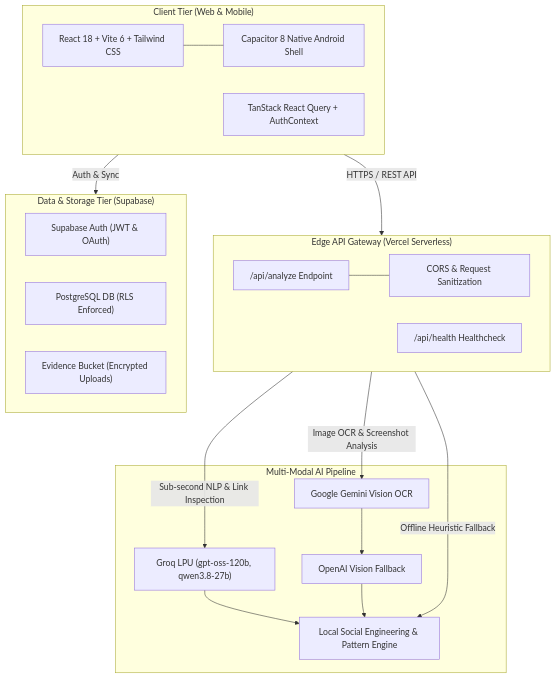
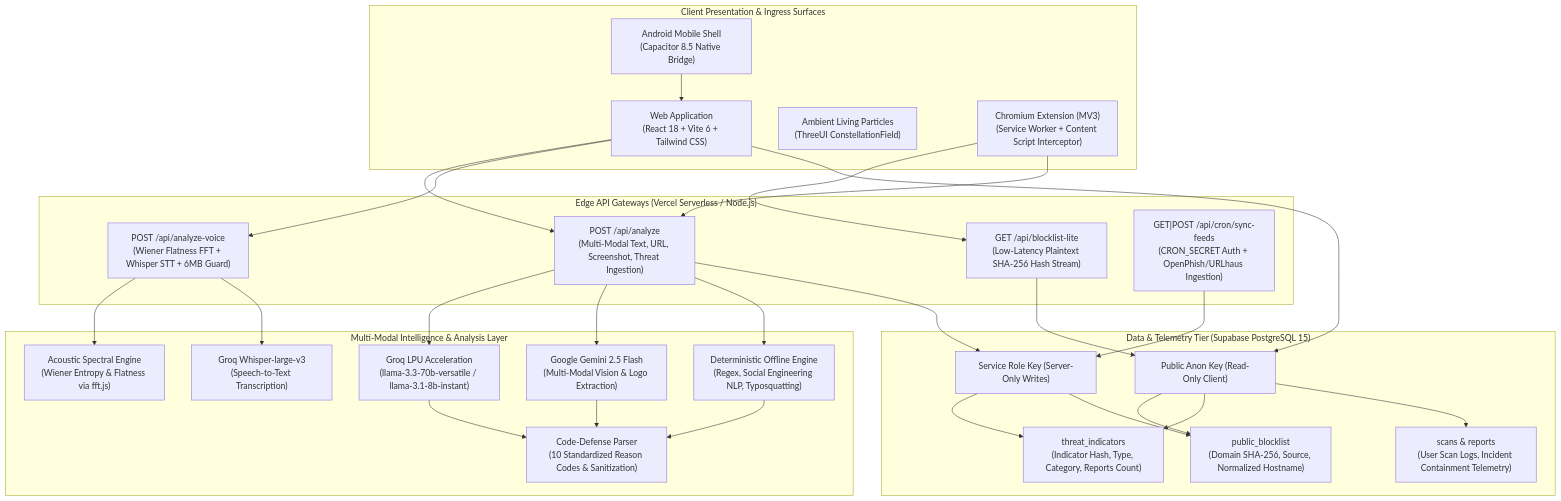
One commit to ImperialCoder01/GhostNet changed the first of 2 diagrams in docs/ARCHITECTURE.md. Above: the diagram before and after it, drawn with Mermaid. The commit also changed other lines of this file and 18 other files, not shown here.

Commit message:
docs: comprehensive synchronization of all 19 repository documents with updated architecture, 8 security features, and live production details

````diff
--- a/docs/ARCHITECTURE.md
+++ b/docs/ARCHITECTURE.md
@@ -7,38 +7,59 @@
 ```mermaid
-flowchart TD
-    subgraph Client["Client Tier (Web & Mobile)"]
-        UI["React 18 + Vite 6 + Tailwind CSS"]
-        Mobile["Capacitor 8 Native Android Shell"]
-        State["TanStack React Query + AuthContext"]
-        UI --- Mobile
+flowchart TB
+    subgraph ClientSurfaces["Client Presentation & Ingress Surfaces"]
+        Web["Web Application\n(React 18 + Vite 6 + Tailwind CSS)"]
+        Shaders["Ambient Living Particles\n(ThreeUI ConstellationField)"]
+        Mobile["Android Mobile Shell\n(Capacitor 8.5 Native Bridge)"]
+        Ext["Chromium Extension (MV3)\n(Service Worker + Content Script Interceptor)"]
     end
 
-    subgraph Gateway["Edge API Gateway (Vercel Serverless)"]
-        Endpoint["/api/analyze Endpoint"]
-        Health["/api/health Healthcheck"]
-        CORS["CORS & Request Sanitization"]
-        Endpoint --- CORS
+    subgraph EdgeGateways["Edge API Gateways (Vercel Serverless / Node.js)"]
+        AnalyzeGW["POST /api/analyze\n(Multi-Modal Text, URL, Screenshot, Threat Ingestion)"]
+        VoiceGW["POST /api/analyze-voice\n(Wiener Flatness FFT + Whisper STT + 6MB Guard)"]
+        BlocklistGW["GET /api/blocklist-lite\n(Low-Latency Plaintext SHA-256 Hash Stream)"]
+        CronGW["GET|POST /api/cron/sync-feeds\n(CRON_SECRET Auth + OpenPhish/URLhaus Ingestion)"]
     end
 
-    subgraph AIRouting["Multi-Modal AI Pipeline"]
-        Groq["Groq LPU (gpt-oss-120b, qwen3.8-27b)"]
-        Gemini["Google Gemini Vision OCR"]
-        OpenAI["OpenAI Vision Fallback"]
-        Heuristics["Local Social Engineering & Pattern Engine"]
-        
-        Groq --> Heuristics
-        Gemini --> OpenAI --> Heuristics
+    subgraph IntelligenceLayer["Multi-Modal Intelligence & Analysis Layer"]
+        Groq["Groq LPU Acceleration\n(llama-3.3-70b-versatile / llama-3.1-8b-instant)"]
+        Gemini["Google Gemini 2.5 Flash\n(Multi-Modal Vision & Logo Extraction)"]
+        Whisper["Groq Whisper-large-v3\n(Speech-to-Text Transcription)"]
+        FFT["Acoustic Spectral Engine\n(Wiener Entropy & Flatness via fft.js)"]
+        ReasonCodes["Code-Defense Parser\n(10 Standardized Reason Codes & Sanitization)"]
+        Heuristics["Deterministic Offline Engine\n(Regex, Social Engineering NLP, Typosquatting)"]
     end
 
-    subgraph DataTier["Data & Storage Tier (Supabase)"]
-        Auth["Supabase Auth (JWT & OAuth)"]
-        Postgres["PostgreSQL DB (RLS Enforced)"]
-        Storage["Evidence Bucket (Encrypted Uploads)"]
+    subgraph PersistenceLayer["Data & Telemetry Tier (Supabase PostgreSQL 15)"]
+        AnonClient["Public Anon Key (Read-Only Client)"]
+        ServiceRoleClient["Service Role Key (Server-Only Writes)"]
+        ThreatIndicators["threat_indicators\n(Indicator Hash, Type, Category, Reports Count)"]
+        PublicBlocklist["public_blocklist\n(Domain SHA-256, Source, Normalized Hostname)"]
+        UserTelemetry["scans & reports\n(User Scan Logs, Incident Containment Telemetry)"]
     end
 
-    Client -->|HTTPS / REST API| Gateway
-    Gateway -->|Sub-second NLP & Link Inspection| Groq
-    Gateway -->|Image OCR & Screenshot Analysis| Gemini
-    Gateway -->|Offline Heuristic Fallback| Heuristics
-    Client -->|Auth & Sync| DataTier
+    Web --> AnalyzeGW
+    Web --> VoiceGW
+    Mobile --> Web
+    Ext --> BlocklistGW
+    Ext --> AnalyzeGW
+
+    AnalyzeGW --> Groq
+    AnalyzeGW --> Gemini
+    AnalyzeGW --> Heuristics
+    VoiceGW --> FFT
+    VoiceGW --> Whisper
+    Groq --> ReasonCodes
+    Gemini --> ReasonCodes
+    Heuristics --> ReasonCodes
+
+    AnalyzeGW --> ServiceRoleClient
+    CronGW --> ServiceRoleClient
+    BlocklistGW --> AnonClient
+    Web --> AnonClient
+
+    AnonClient --> PublicBlocklist
+    AnonClient --> ThreatIndicators
+    ServiceRoleClient --> ThreatIndicators
+    ServiceRoleClient --> PublicBlocklist
+    AnonClient --> UserTelemetry
 ```
````
